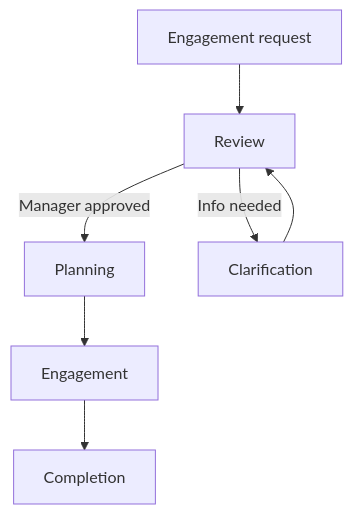
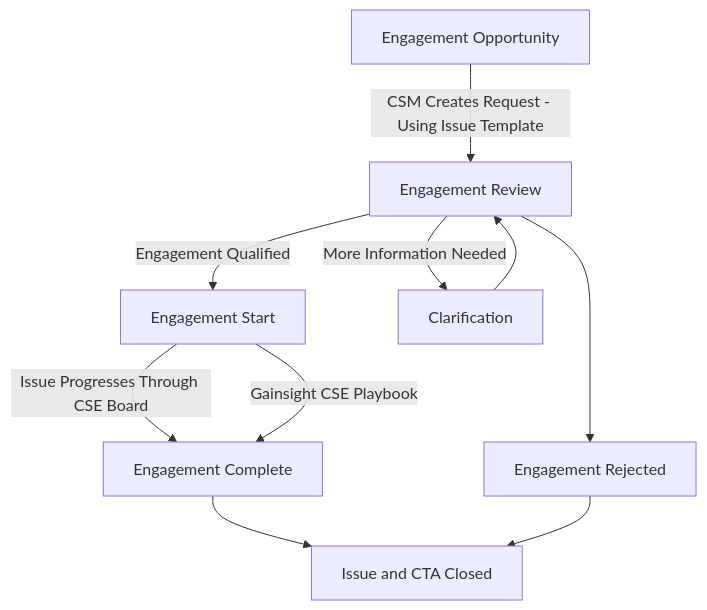
The diagram in customer-success/csm/cse/index.html.md (secretstartups/handbook), drawn with Mermaid before and after one commit. The commit also changed other lines of this file, not shown here.

````diff
--- a/customer-success/csm/cse/index.html.md
+++ b/customer-success/csm/cse/index.html.md
@@ -44,13 +58,17 @@
 ```mermaid
 graph TD
-    A[Engagement request]
-    B[Review]
-    C[Planning]
+    A[Engagement Opportunity]
+    B[Engagement Review]
+    C[Engagement Start]
     D[Clarification]
-    E[Engagement]
-    F[Completion]
+    E[Engagement Complete]
+    F[Engagement Rejected]
+    G[Issue and CTA Closed]
 
-    A --> B
-    B --> |Info needed| D --> B
-    B --> |Manager approved| C --> E --> F
+    A --> |CSM Creates Request - Using Issue Template| B
+    B --> |Engagement Qualified| C --> |Issue Progresses Through CSE Board| E
+    C --> |Gainsight CSE Playbook| E
+    B --> |More Information Needed| D --> B
+    E --> G
+    B --> F --> G
 ```
````
